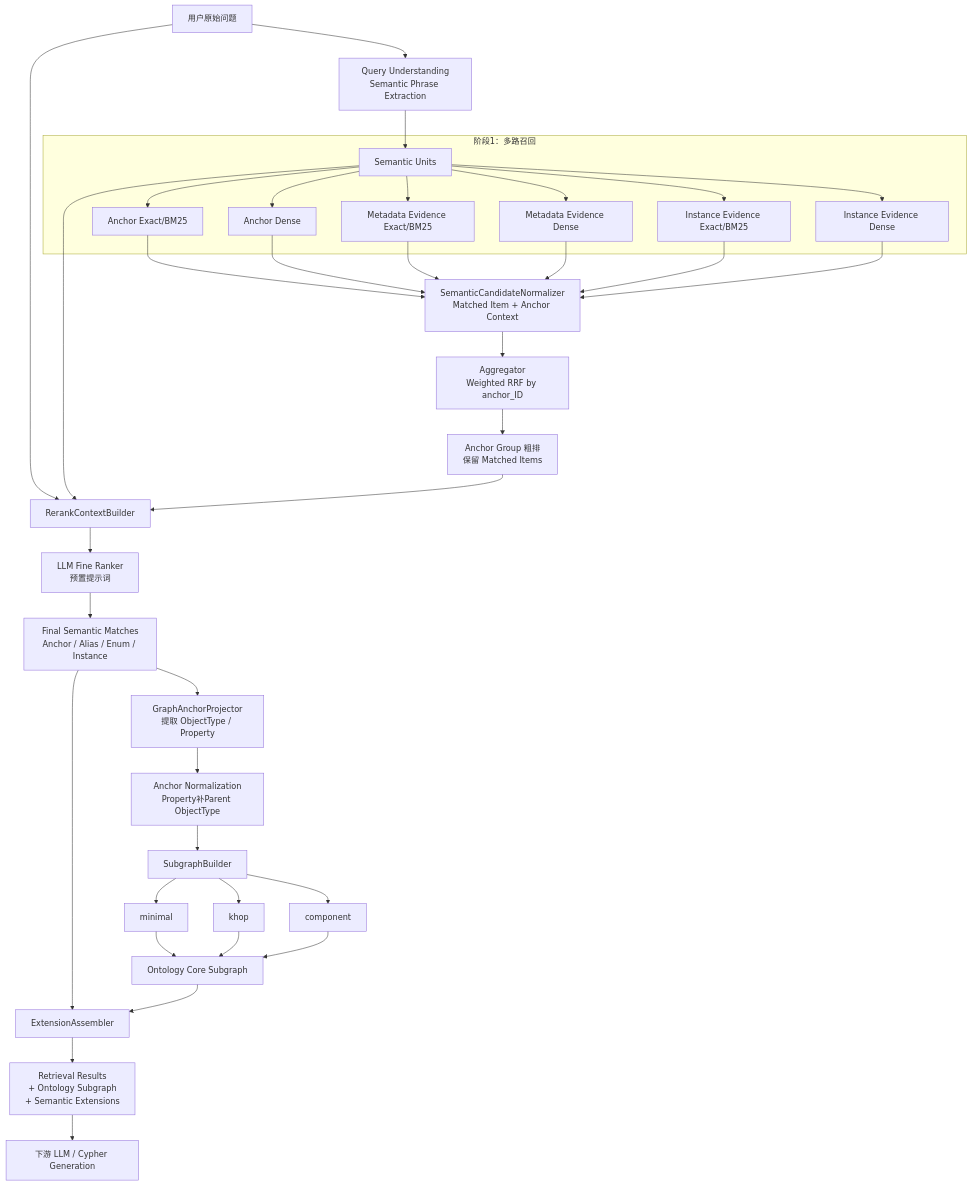
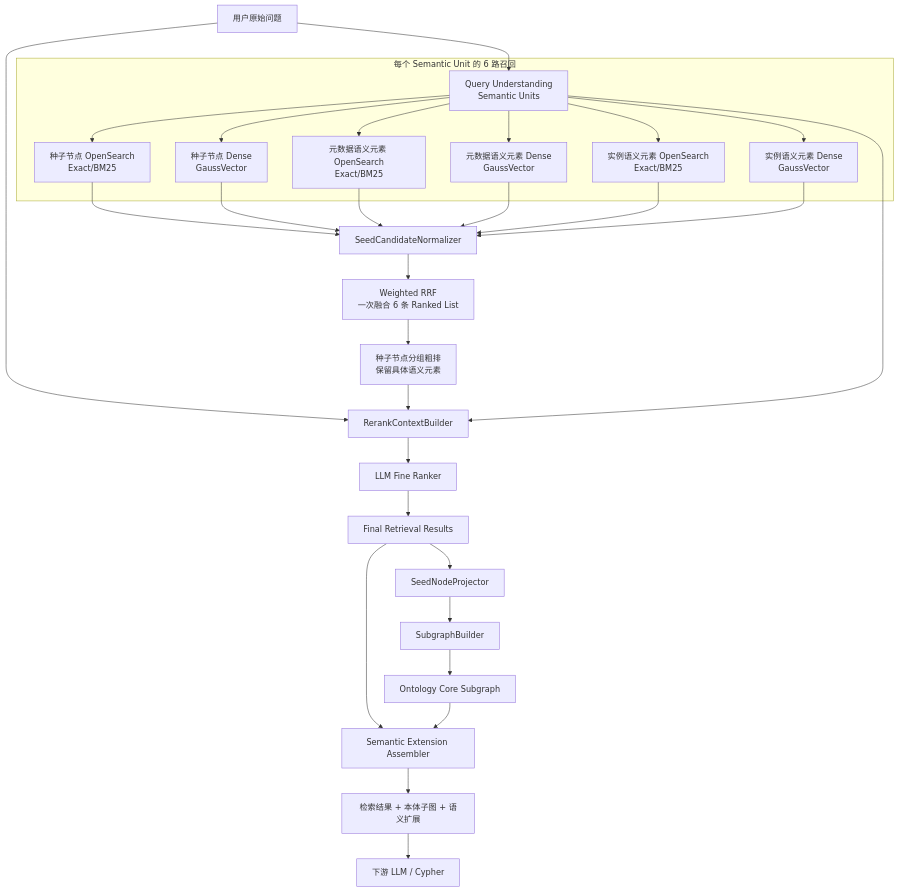
One commit to cfwl100/onology_dsl changed the first of 6 diagrams in docs/OAG本体锚点语义检索与向量索引设计方案.md. Above: the diagram before and after it, drawn with Mermaid. The commit also changed other lines of this file, not shown here.

````diff
--- a/docs/OAG本体锚点语义检索与向量索引设计方案.md
+++ b/docs/OAG本体锚点语义检索与向量索引设计方案.md
@@ -132,47 +91,38 @@
 ```mermaid
 flowchart TD
-    Q[用户原始问题] --> QU[Query Understanding<br/>Semantic Phrase Extraction]
-    QU --> U[Semantic Units]
+    Q[用户原始问题] --> QU[Query Understanding<br/>Semantic Units]
 
-    subgraph RET[阶段1：多路召回]
-      U --> AE[Anchor Exact/BM25]
-      U --> AV[Anchor Dense]
-      U --> ME[Metadata Evidence Exact/BM25]
-      U --> MV[Metadata Evidence Dense]
-      U --> IE[Instance Evidence Exact/BM25]
-      U --> IV[Instance Evidence Dense]
+    subgraph RET[每个 Semantic Unit 的 6 路召回]
+      QU --> SL[种子节点 OpenSearch<br/>Exact/BM25]
+      QU --> SD[种子节点 Dense<br/>GaussVector]
+      QU --> ML[元数据语义元素 OpenSearch<br/>Exact/BM25]
+      QU --> MD[元数据语义元素 Dense<br/>GaussVector]
+      QU --> IL[实例语义元素 OpenSearch<br/>Exact/BM25]
+      QU --> ID[实例语义元素 Dense<br/>GaussVector]
     end
 
-    AE --> N[SemanticCandidateNormalizer<br/>Matched Item + Anchor Context]
-    AV --> N
-    ME --> N
-    MV --> N
-    IE --> N
-    IV --> N
+    SL --> N[SeedCandidateNormalizer]
+    SD --> N
+    ML --> N
+    MD --> N
+    IL --> N
+    ID --> N
 
-    N --> RRF[Aggregator<br/>Weighted RRF by anchor_ID]
-    RRF --> COARSE[Anchor Group 粗排<br/>保留 Matched Items]
+    N --> RRF[Weighted RRF<br/>一次融合 6 条 Ranked List]
+    RRF --> COARSE[种子节点分组粗排<br/>保留具体语义元素]
 
     Q --> RC[RerankContextBuilder]
-    U --> RC
     COARSE --> RC
-    RC --> LLM[LLM Fine Ranker<br/>预置提示词]
-    LLM --> MATCH[Final Semantic Matches<br/>Anchor / Alias / Enum / Instance]
+    QU --> RC
+    RC --> LLM[LLM Fine Ranker]
+    LLM --> RESULT[Final Retrieval Results]
 
-    MATCH --> AP[GraphAnchorProjector<br/>提取 ObjectType / Property]
-    AP --> AN[Anchor Normalization<br/>Property补Parent ObjectType]
-    AN --> SG[SubgraphBuilder]
+    RESULT --> SP[SeedNodeProjector]
+    SP --> SG[SubgraphBuilder]
+    SG --> CORE[Ontology Core Subgraph]
 
-    SG --> MIN[minimal]
-    SG --> KH[khop]
-    SG --> CMP[component]
-
-    MIN --> CORE[Ontology Core Subgraph]
-    KH --> CORE
-    CMP --> CORE
-
-    MATCH --> EXT[ExtensionAssembler]
+    RESULT --> EXT[Semantic Extension Assembler]
     CORE --> EXT
-    EXT --> OUT[Retrieval Results<br/>+ Ontology Subgraph<br/>+ Semantic Extensions]
-    OUT --> CYPHER[下游 LLM / Cypher Generation]
+    EXT --> OUT[检索结果 + 本体子图 + 语义扩展]
+    OUT --> CYPHER[下游 LLM / Cypher]
 ```
````
